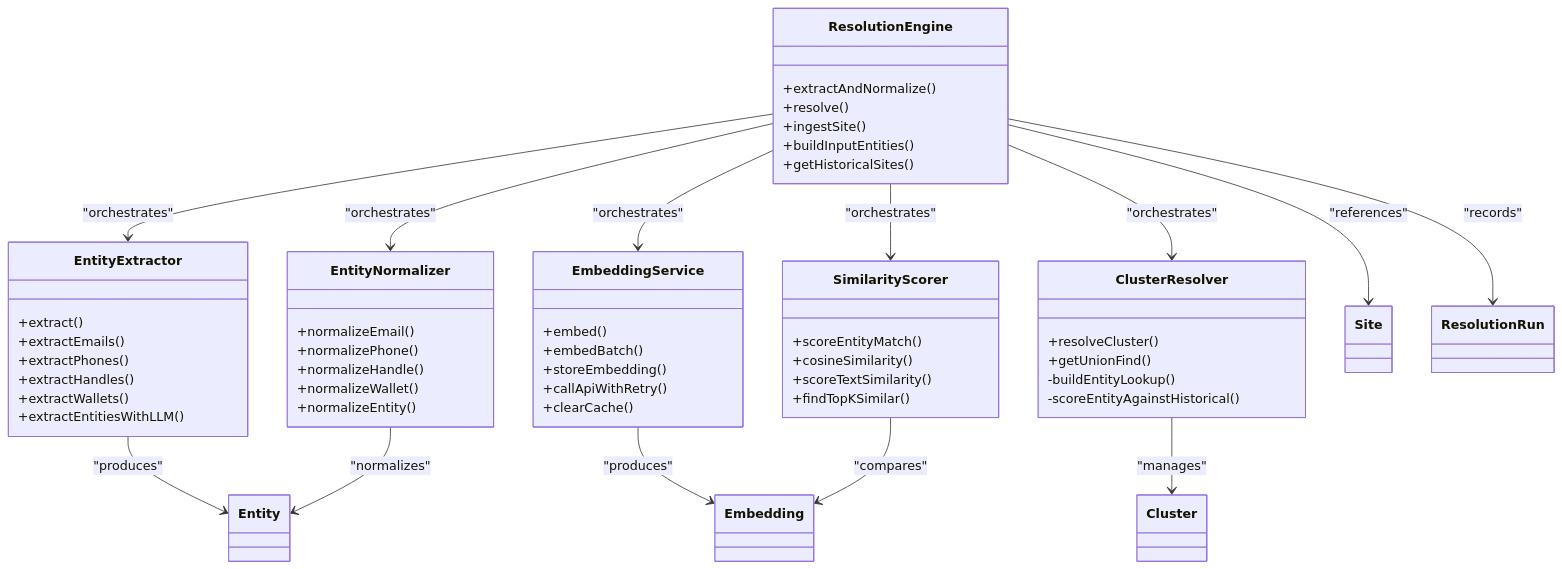
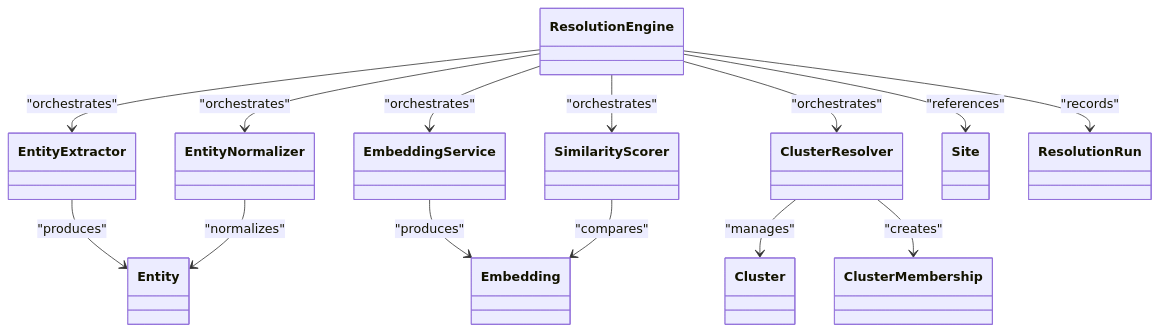
Before and after one commit to vishnusaibhosekar/ares: the third of 3 diagrams in .qoder/repowiki/en/content/Core Services/Core Services.md, drawn with Mermaid. The commit also changed other lines of this file and 12 other files, not shown here.

````diff
--- a/.qoder/repowiki/en/content/Core Services/Core Services.md
+++ b/.qoder/repowiki/en/content/Core Services/Core Services.md
@@ -541,61 +478,28 @@
 ```mermaid
 classDiagram
-class ResolutionEngine {
-+extractAndNormalize()
-+resolve()
-+ingestSite()
-+buildInputEntities()
-+getHistoricalSites()
-}
-class EntityExtractor {
-+extract()
-+extractEmails()
-+extractPhones()
-+extractHandles()
-+extractWallets()
-+extractEntitiesWithLLM()
-}
-class EntityNormalizer {
-+normalizeEmail()
-+normalizePhone()
-+normalizeHandle()
-+normalizeWallet()
-+normalizeEntity()
-}
-class EmbeddingService {
-+embed()
-+embedBatch()
-+storeEmbedding()
-+callApiWithRetry()
-+clearCache()
-}
-class SimilarityScorer {
-+scoreEntityMatch()
-+cosineSimilarity()
-+scoreTextSimilarity()
-+findTopKSimilar()
-}
-class ClusterResolver {
-+resolveCluster()
-+getUnionFind()
--buildEntityLookup()
--scoreEntityAgainstHistorical()
-}
+class ResolutionEngine
+class EntityExtractor
+class EntityNormalizer
+class EmbeddingService
+class SimilarityScorer
+class ClusterResolver
 class Entity
 class Cluster
+class ClusterMembership
 class Embedding
 class Site
 class ResolutionRun
 ResolutionEngine --> EntityExtractor : "orchestrates"
 ResolutionEngine --> EntityNormalizer : "orchestrates"
 ResolutionEngine --> EmbeddingService : "orchestrates"
 ResolutionEngine --> SimilarityScorer : "orchestrates"
 ResolutionEngine --> ClusterResolver : "orchestrates"
 EntityExtractor --> Entity : "produces"
 EntityNormalizer --> Entity : "normalizes"
 EmbeddingService --> Embedding : "produces"
 SimilarityScorer --> Embedding : "compares"
 ClusterResolver --> Cluster : "manages"
+ClusterResolver --> ClusterMembership : "creates"
 ResolutionEngine --> ResolutionRun : "records"
 ResolutionEngine --> Site : "references"
 ```
````
